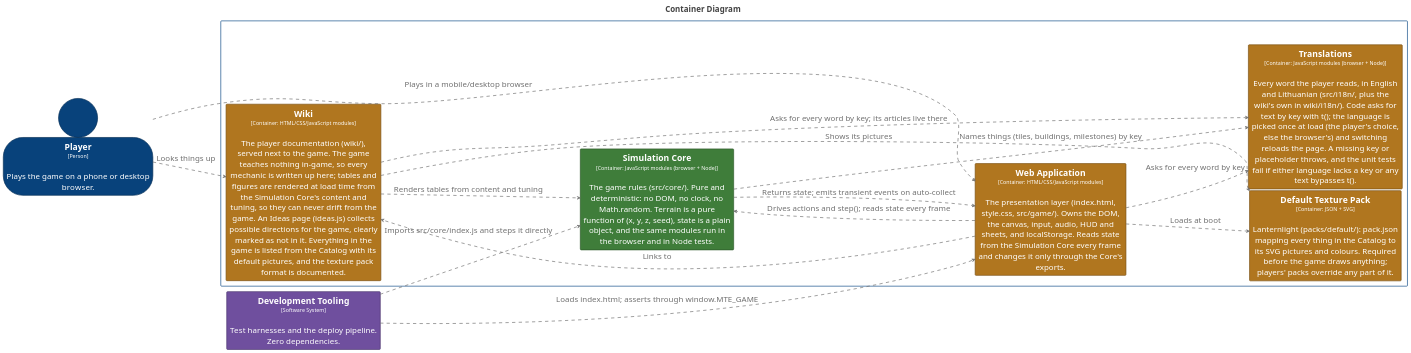
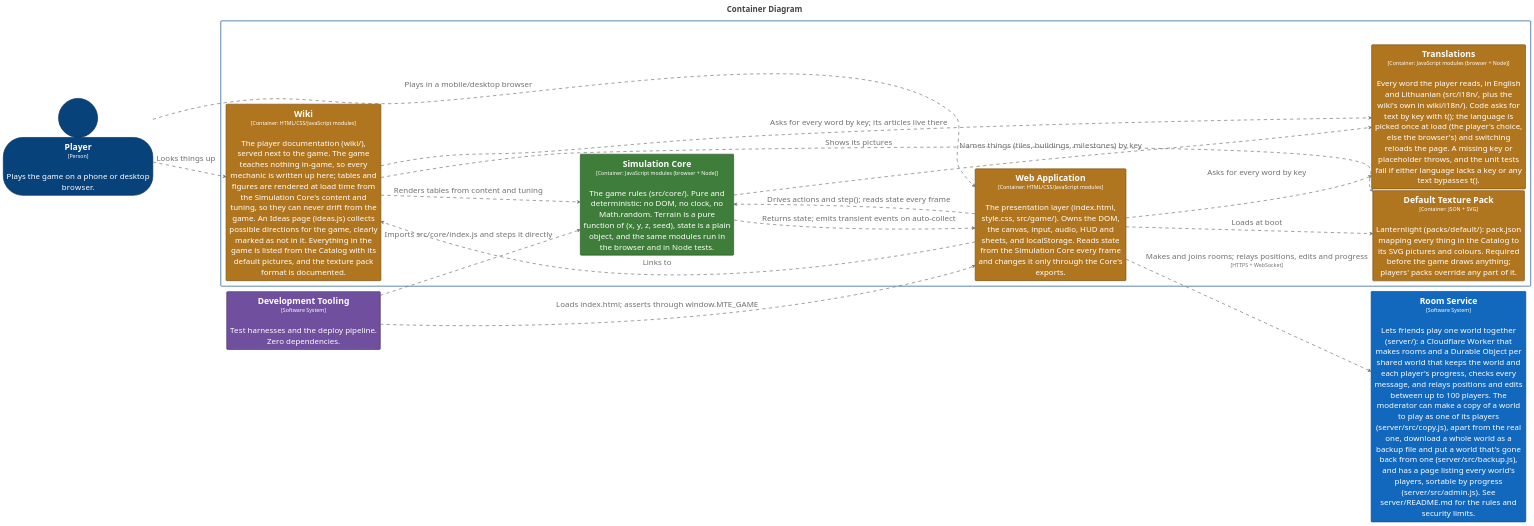
The diagram in structurizr/diagrams/Containers.puml (bitkojine/more-than-enough), drawn with PlantUML before and after one commit. The commit also changed 82 other files, not shown here.

```diff
--- a/structurizr/diagrams/Containers.puml
+++ b/structurizr/diagrams/Containers.puml
@@ -2,110 +2,124 @@
 @startuml
 title <size:24>Container Diagram</size>
 
 set separator none
 left to right direction
 skinparam ranksep 20
 skinparam nodesep 5
 hide stereotype
 
 <style>
   root {
     BackgroundColor: #ffffff;
     FontColor: #444444;
   }
   // Element,Container,Core Engine
   .Element-RWxlbWVudCxDb250YWluZXIsQ29yZSBFbmdpbmU= {
     BackgroundColor: #3f7d3a;
     LineColor: #2c5728;
     LineStyle: 0;
     LineThickness: 2;
     FontColor: #ffffff;
     FontSize: 24;
     HorizontalAlignment: center;
     Shadowing: 0;
     MaximumWidth: 450;
   }
   // Element,Container,Presentation
   .Element-RWxlbWVudCxDb250YWluZXIsUHJlc2VudGF0aW9u {
     BackgroundColor: #b0761f;
     LineColor: #7b5215;
     LineStyle: 0;
     LineThickness: 2;
     FontColor: #ffffff;
     FontSize: 24;
     HorizontalAlignment: center;
     Shadowing: 0;
     MaximumWidth: 450;
   }
   // Element,Person
   .Element-RWxlbWVudCxQZXJzb24= {
     BackgroundColor: #08427b;
     LineColor: #052e56;
     LineStyle: 0;
     LineThickness: 2;
     FontColor: #ffffff;
     FontSize: 24;
     HorizontalAlignment: center;
     Shadowing: 0;
     MaximumWidth: 450;
   }
+  // Element,Software System
+  .Element-RWxlbWVudCxTb2Z0d2FyZSBTeXN0ZW0= {
+    BackgroundColor: #1168bd;
+    LineColor: #0b4884;
+    LineStyle: 0;
+    LineThickness: 2;
+    FontColor: #ffffff;
+    FontSize: 24;
+    HorizontalAlignment: center;
+    Shadowing: 0;
+    MaximumWidth: 450;
+  }
   // Element,Software System,Tooling
   .Element-RWxlbWVudCxTb2Z0d2FyZSBTeXN0ZW0sVG9vbGluZw== {
     BackgroundColor: #6f4f9e;
     LineColor: #4d376e;
     LineStyle: 0;
     LineThickness: 2;
     FontColor: #ffffff;
     FontSize: 24;
     HorizontalAlignment: center;
     Shadowing: 0;
     MaximumWidth: 450;
   }
   // Relationship
   .Relationship-UmVsYXRpb25zaGlw {
     LineThickness: 2;
     LineStyle: 10-10;
     LineColor: #707070;
     FontColor: #707070;
     FontSize: 24;
     MaximumWidth: 200;
   }
   // MORE THAN ENOUGH
   .Boundary-TU9SRSBUSEFOIEVOT1VHSA== {
     BackgroundColor: #ffffff;
     LineColor: #0b4884;
     LineStyle: 0;
     LineThickness: 2;
     FontColor: #ffffff;
     FontSize: 24;
     HorizontalAlignment: center;
     Shadowing: 0;
   }
 </style>
 
 person "==Player\n<size:16>[Person]</size>\n\nPlays the game on a phone or desktop browser." <<Element-RWxlbWVudCxQZXJzb24=>> as Player
+rectangle "==Room Service\n<size:16>[Software System]</size>\n\nLets friends play one world together (server/): a Cloudflare Worker that makes rooms and a Durable Object per shared world that keeps the world and each player's progress, checks every message, and relays positions and edits between up to 100 players. The moderator can make a copy of a world to play as one of its players (server/src/copy.js), apart from the real one, download a whole world as a backup file and put a world that's gone back from one (server/src/backup.js), and has a page listing every world's players, sortable by progress (server/src/admin.js). See server/README.md for the rules and security limits." <<Element-RWxlbWVudCxTb2Z0d2FyZSBTeXN0ZW0=>> as RoomService
 rectangle "==Development Tooling\n<size:16>[Software System]</size>\n\nTest harnesses and the deploy pipeline. Zero dependencies." <<Element-RWxlbWVudCxTb2Z0d2FyZSBTeXN0ZW0sVG9vbGluZw==>> as DevelopmentTooling
 
 rectangle "MORE THAN ENOUGH\n<size:16>[Software System]</size>" <<Boundary-TU9SRSBUSEFOIEVOT1VHSA==>> {
   rectangle "==Default Texture Pack\n<size:16>[Container: JSON + SVG]</size>\n\nLanternlight (packs/default/): pack.json mapping every thing in the Catalog to its SVG pictures and colours. Required before the game draws anything; players' packs override any part of it." <<Element-RWxlbWVudCxDb250YWluZXIsUHJlc2VudGF0aW9u>> as MORETHANENOUGH.DefaultTexturePack
   rectangle "==Wiki\n<size:16>[Container: HTML/CSS/JavaScript modules]</size>\n\nThe player documentation (wiki/), served next to the game. The game teaches nothing in-game, so every mechanic is written up here; tables and figures are rendered at load time from the Simulation Core's content and tuning, so they can never drift from the game. An Ideas page (ideas.js) collects possible directions for the game, clearly marked as not in it. Everything in the game is listed from the Catalog with its default pictures, and the texture pack format is documented." <<Element-RWxlbWVudCxDb250YWluZXIsUHJlc2VudGF0aW9u>> as MORETHANENOUGH.Wiki
   rectangle "==Translations\n<size:16>[Container: JavaScript modules (browser + Node)]</size>\n\nEvery word the player reads, in English and Lithuanian (src/i18n/, plus the wiki's own in wiki/i18n/). Code asks for text by key with t(); the language is picked once at load (the player's choice, else the browser's) and switching reloads the page. A missing key or placeholder throws, and the unit tests fail if either language lacks a key or any text bypasses t()." <<Element-RWxlbWVudCxDb250YWluZXIsUHJlc2VudGF0aW9u>> as MORETHANENOUGH.Translations
   rectangle "==Simulation Core\n<size:16>[Container: JavaScript modules (browser + Node)]</size>\n\nThe game rules (src/core/). Pure and deterministic: no DOM, no clock, no Math.random. Terrain is a pure function of (x, y, z, seed), state is a plain object, and the same modules run in the browser and in Node tests." <<Element-RWxlbWVudCxDb250YWluZXIsQ29yZSBFbmdpbmU=>> as MORETHANENOUGH.SimulationCore
   rectangle "==Web Application\n<size:16>[Container: HTML/CSS/JavaScript modules]</size>\n\nThe presentation layer (index.html, style.css, src/game/). Owns the DOM, the canvas, input, audio, HUD and sheets, and localStorage. Reads state from the Simulation Core every frame and changes it only through the Core's exports." <<Element-RWxlbWVudCxDb250YWluZXIsUHJlc2VudGF0aW9u>> as MORETHANENOUGH.WebApplication
 }
 
+MORETHANENOUGH.WebApplication --> MORETHANENOUGH.DefaultTexturePack <<Relationship-UmVsYXRpb25zaGlw>> : "Loads at boot"
+MORETHANENOUGH.Wiki --> MORETHANENOUGH.DefaultTexturePack <<Relationship-UmVsYXRpb25zaGlw>> : "Shows its pictures"
 Player --> MORETHANENOUGH.WebApplication <<Relationship-UmVsYXRpb25zaGlw>> : "Plays in a mobile/desktop browser"
 Player --> MORETHANENOUGH.Wiki <<Relationship-UmVsYXRpb25zaGlw>> : "Looks things up"
 MORETHANENOUGH.WebApplication --> MORETHANENOUGH.Wiki <<Relationship-UmVsYXRpb25zaGlw>> : "Links to"
 MORETHANENOUGH.Wiki --> MORETHANENOUGH.SimulationCore <<Relationship-UmVsYXRpb25zaGlw>> : "Renders tables from content and tuning"
 MORETHANENOUGH.WebApplication --> MORETHANENOUGH.Translations <<Relationship-UmVsYXRpb25zaGlw>> : "Asks for every word by key"
 MORETHANENOUGH.SimulationCore --> MORETHANENOUGH.Translations <<Relationship-UmVsYXRpb25zaGlw>> : "Names things (tiles, buildings, milestones) by key"
 MORETHANENOUGH.Wiki --> MORETHANENOUGH.Translations <<Relationship-UmVsYXRpb25zaGlw>> : "Asks for every word by key; its articles live there"
 MORETHANENOUGH.WebApplication --> MORETHANENOUGH.SimulationCore <<Relationship-UmVsYXRpb25zaGlw>> : "Drives actions and step(); reads state every frame"
+MORETHANENOUGH.WebApplication --> RoomService <<Relationship-UmVsYXRpb25zaGlw>> : "Makes and joins rooms; relays positions, edits and progress\n<size:16>[HTTPS + WebSocket]</size>"
 MORETHANENOUGH.SimulationCore --> MORETHANENOUGH.WebApplication <<Relationship-UmVsYXRpb25zaGlw>> : "Returns state; emits transient events on auto-collect"
 DevelopmentTooling --> MORETHANENOUGH.SimulationCore <<Relationship-UmVsYXRpb25zaGlw>> : "Imports src/core/index.js and steps it directly"
 DevelopmentTooling --> MORETHANENOUGH.WebApplication <<Relationship-UmVsYXRpb25zaGlw>> : "Loads index.html; asserts through window.MTE_GAME"
-MORETHANENOUGH.WebApplication --> MORETHANENOUGH.DefaultTexturePack <<Relationship-UmVsYXRpb25zaGlw>> : "Loads at boot"
-MORETHANENOUGH.Wiki --> MORETHANENOUGH.DefaultTexturePack <<Relationship-UmVsYXRpb25zaGlw>> : "Shows its pictures"
 
 @enduml
```
